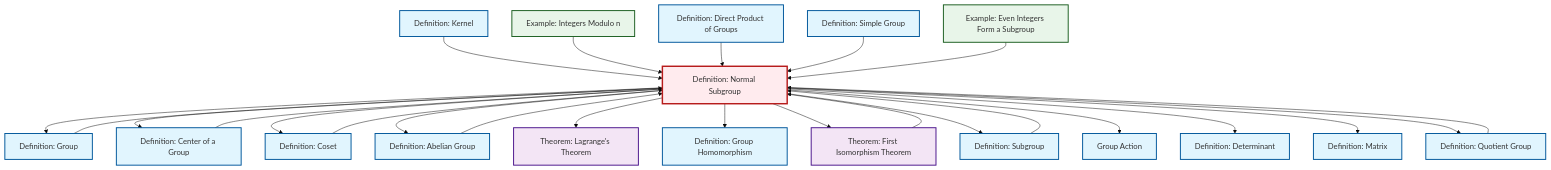
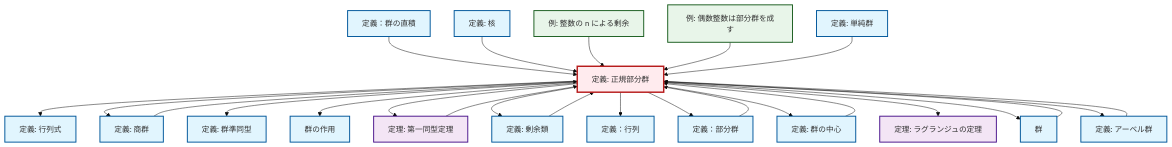
One commit to RK0429/ModernMath changed the diagram in content/ja/algebra/def-normal-subgroup.qmd. Above: the diagram before and after it, drawn with Mermaid (base theme). The commit also changed 1069 other files, not shown here.

````diff
--- a/content/ja/algebra/def-normal-subgroup.qmd
+++ b/content/ja/algebra/def-normal-subgroup.qmd
@@ -97,69 +97,69 @@
 ```{mermaid}
 %%| fig-cap: "Local dependency graph"
 graph TD
     classDef definition fill:#e1f5fe,stroke:#01579b,stroke-width:2px
     classDef theorem fill:#f3e5f5,stroke:#4a148c,stroke-width:2px
     classDef axiom fill:#fff3e0,stroke:#e65100,stroke-width:2px
     classDef example fill:#e8f5e9,stroke:#1b5e20,stroke-width:2px
     classDef current fill:#ffebee,stroke:#b71c1c,stroke-width:3px
-    ex-even-integers-subgroup["Example: Even Integers Form a Subgroup"]:::example
-    def-coset["Definition: Coset"]:::definition
-    def-simple-group["Definition: Simple Group"]:::definition
-    def-center-of-group["Definition: Center of a Group"]:::definition
-    def-determinant["Definition: Determinant"]:::definition
-    def-group["Definition: Group"]:::definition
-    def-matrix["Definition: Matrix"]:::definition
-    def-quotient-group["Definition: Quotient Group"]:::definition
-    thm-first-isomorphism["Theorem: First Isomorphism Theorem"]:::theorem
-    def-subgroup["Definition: Subgroup"]:::definition
-    thm-lagrange["Theorem: Lagrange's Theorem"]:::theorem
-    def-kernel["Definition: Kernel"]:::definition
-    def-direct-product["Definition: Direct Product of Groups"]:::definition
-    def-homomorphism["Definition: Group Homomorphism"]:::definition
-    def-normal-subgroup["Definition: Normal Subgroup"]:::definition
-    def-abelian-group["Definition: Abelian Group"]:::definition
-    def-group-action["Group Action"]:::definition
-    ex-quotient-integers-mod-n["Example: Integers Modulo n"]:::example
+    def-determinant["定義: 行列式"]:::definition
+    ex-quotient-integers-mod-n["例: 整数の n による剰余"]:::example
+    thm-lagrange["定理: ラグランジュの定理"]:::theorem
+    def-normal-subgroup["定義: 正規部分群"]:::definition
+    def-matrix["定義：行列"]:::definition
+    ex-even-integers-subgroup["例: 偶数整数は部分群を成す"]:::example
+    def-direct-product["定義：群の直積"]:::definition
+    def-subgroup["定義：部分群"]:::definition
+    def-simple-group["定義: 単純群"]:::definition
+    thm-first-isomorphism["定理: 第一同型定理"]:::theorem
+    def-quotient-group["定義: 商群"]:::definition
+    def-abelian-group["定義: アーベル群"]:::definition
+    def-center-of-group["定義: 群の中心"]:::definition
+    def-homomorphism["定義: 群準同型"]:::definition
+    def-coset["定義: 剰余類"]:::definition
+    def-group-action["群の作用"]:::definition
+    def-kernel["定義: 核"]:::definition
+    def-group["群"]:::definition
+    def-subgroup --> def-normal-subgroup
+    def-normal-subgroup --> def-determinant
+    def-coset --> def-normal-subgroup
+    def-normal-subgroup --> def-quotient-group
+    def-quotient-group --> def-normal-subgroup
+    def-normal-subgroup --> def-homomorphism
+    def-direct-product --> def-normal-subgroup
+    def-normal-subgroup --> def-group-action
+    def-group --> def-normal-subgroup
+    def-normal-subgroup --> thm-first-isomorphism
+    def-normal-subgroup --> def-coset
+    def-normal-subgroup --> def-matrix
+    def-normal-subgroup --> def-subgroup
+    def-kernel --> def-normal-subgroup
+    def-abelian-group --> def-normal-subgroup
+    def-normal-subgroup --> def-center-of-group
+    def-center-of-group --> def-normal-subgroup
+    ex-quotient-integers-mod-n --> def-normal-subgroup
+    def-normal-subgroup --> thm-lagrange
     def-normal-subgroup --> def-group
-    def-kernel --> def-normal-subgroup
-    def-coset --> def-normal-subgroup
-    def-normal-subgroup --> def-center-of-group
-    def-normal-subgroup --> def-coset
-    def-quotient-group --> def-normal-subgroup
+    ex-even-integers-subgroup --> def-normal-subgroup
+    def-simple-group --> def-normal-subgroup
+    thm-first-isomorphism --> def-normal-subgroup
     def-normal-subgroup --> def-abelian-group
-    def-normal-subgroup --> thm-lagrange
-    def-group --> def-normal-subgroup
-    ex-quotient-integers-mod-n --> def-normal-subgroup
-    def-subgroup --> def-normal-subgroup
-    def-direct-product --> def-normal-subgroup
-    def-simple-group --> def-normal-subgroup
-    def-normal-subgroup --> def-homomorphism
-    def-normal-subgroup --> thm-first-isomorphism
-    def-normal-subgroup --> def-subgroup
-    def-abelian-group --> def-normal-subgroup
-    def-normal-subgroup --> def-group-action
-    def-normal-subgroup --> def-determinant
-    thm-first-isomorphism --> def-normal-subgroup
-    ex-even-integers-subgroup --> def-normal-subgroup
-    def-center-of-group --> def-normal-subgroup
-    def-normal-subgroup --> def-matrix
-    def-normal-subgroup --> def-quotient-group
     class def-normal-subgroup current
-    click ex-even-integers-subgroup "ex-even-integers-subgroup.html" "Example: Even Integers Form a Subgroupへ"
-    click def-coset "def-coset.html" "Definition: Cosetへ"
-    click def-simple-group "def-simple-group.html" "Definition: Simple Groupへ"
-    click def-center-of-group "def-center-of-group.html" "Definition: Center of a Groupへ"
-    click def-determinant "def-determinant.html" "Definition: Determinantへ"
-    click def-group "def-group.html" "Definition: Groupへ"
-    click def-matrix "def-matrix.html" "Definition: Matrixへ"
-    click def-quotient-group "def-quotient-group.html" "Definition: Quotient Groupへ"
-    click thm-first-isomorphism "thm-first-isomorphism.html" "Theorem: First Isomorphism Theoremへ"
-    click def-subgroup "def-subgroup.html" "Definition: Subgroupへ"
-    click thm-lagrange "thm-lagrange.html" "Theorem: Lagrange's Theoremへ"
-    click def-kernel "def-kernel.html" "Definition: Kernelへ"
-    click def-direct-product "def-direct-product.html" "Definition: Direct Product of Groupsへ"
-    click def-homomorphism "def-homomorphism.html" "Definition: Group Homomorphismへ"
-    click def-abelian-group "def-abelian-group.html" "Definition: Abelian Groupへ"
-    click def-group-action "def-group-action.html" "Group Actionへ"
-    click ex-quotient-integers-mod-n "ex-quotient-integers-mod-n.html" "Example: Integers Modulo nへ"
+    click def-determinant "def-determinant.html" "行列式の定義へ"
+    click ex-quotient-integers-mod-n "ex-quotient-integers-mod-n.html" "整数の n による剰余の例へ"
+    click thm-lagrange "thm-lagrange.html" "ラグランジュの定理の定理へ"
+    click def-matrix "def-matrix.html" "定義：行列へ"
+    click ex-even-integers-subgroup "ex-even-integers-subgroup.html" "偶数整数は部分群を成すの例へ"
+    click def-direct-product "def-direct-product.html" "定義：群の直積へ"
+    click def-subgroup "def-subgroup.html" "定義：部分群へ"
+    click def-simple-group "def-simple-group.html" "単純群の定義へ"
+    click thm-first-isomorphism "thm-first-isomorphism.html" "第一同型定理の定理へ"
+    click def-quotient-group "def-quotient-group.html" "商群の定義へ"
+    click def-abelian-group "def-abelian-group.html" "アーベル群の定義へ"
+    click def-center-of-group "def-center-of-group.html" "群の中心の定義へ"
+    click def-homomorphism "def-homomorphism.html" "群準同型の定義へ"
+    click def-coset "def-coset.html" "剰余類の定義へ"
+    click def-group-action "def-group-action.html" "群の作用へ"
+    click def-kernel "def-kernel.html" "核の定義へ"
+    click def-group "def-group.html" "群へ"
 ```
````
